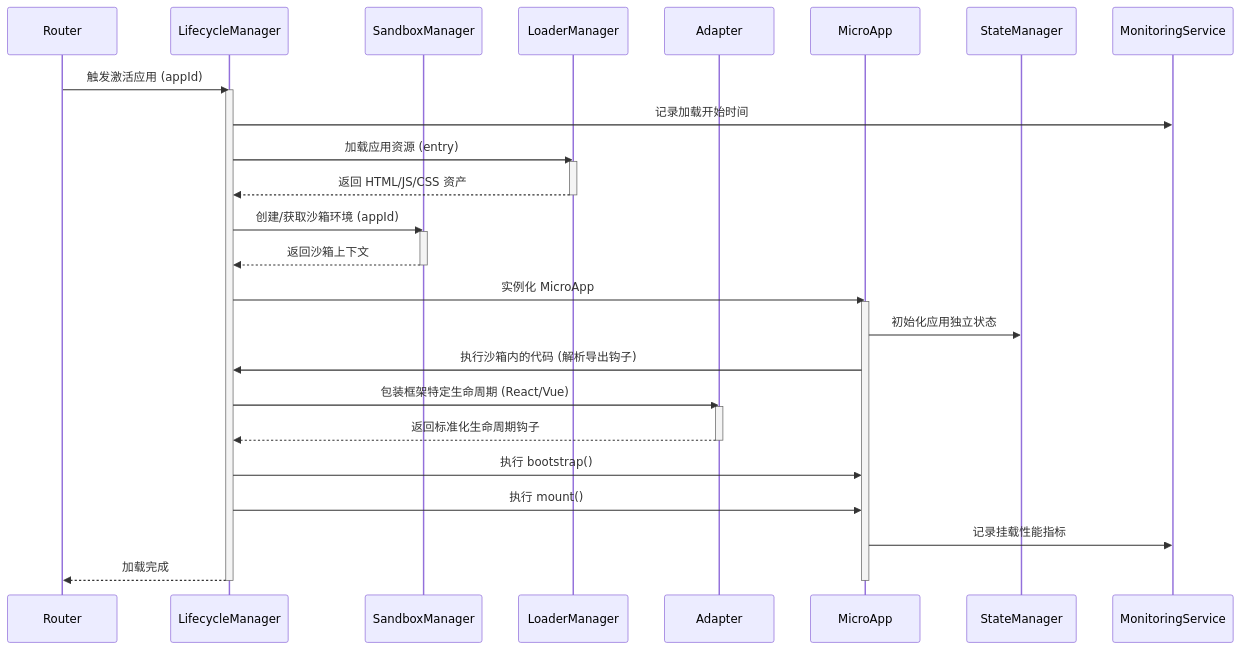
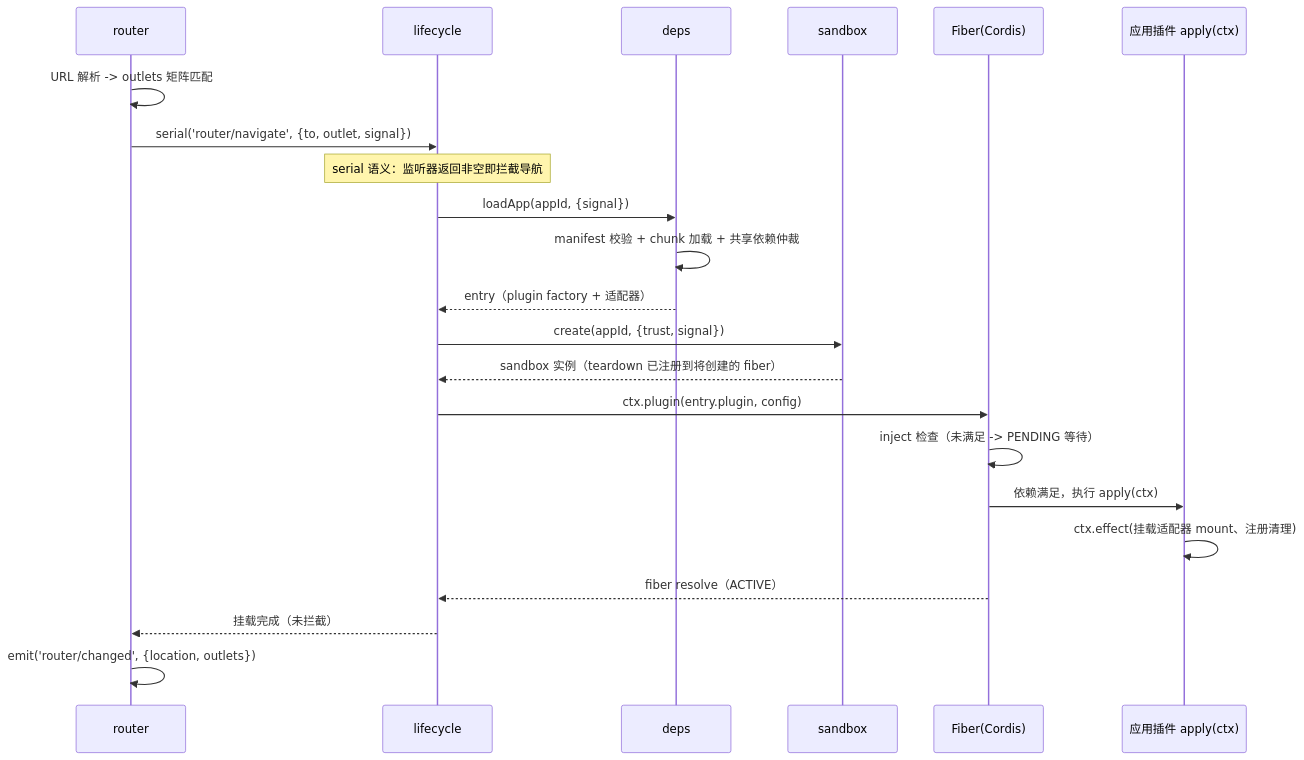
One commit to YvYuYv/taixu changed the second of 6 diagrams in module-interaction.md. Above: the diagram before and after it, drawn with Mermaid. The commit also changed other lines of this file and 12 other files, not shown here.

````diff
--- a/module-interaction.md
+++ b/module-interaction.md
@@ -55,41 +52,25 @@
 ```mermaid
 sequenceDiagram
-    participant R as Router
-    participant LM as LifecycleManager
-    participant SM as SandboxManager
-    participant Loader as LoaderManager
-    participant A as Adapter
-    participant App as MicroApp
-    participant State as StateManager
-    participant Mon as MonitoringService
+    participant R as router
+    participant L as lifecycle
+    participant D as deps
+    participant S as sandbox
+    participant F as Fiber(Cordis)
+    participant App as 应用插件 apply(ctx)
 
-    R->>LM: 触发激活应用 (appId)
-    activate LM
-    LM->>Mon: 记录加载开始时间
-    LM->>Loader: 加载应用资源 (entry)
-    activate Loader
-    Loader-->>LM: 返回 HTML/JS/CSS 资产
-    deactivate Loader
-
-    LM->>SM: 创建/获取沙箱环境 (appId)
-    activate SM
-    SM-->>LM: 返回沙箱上下文
-    deactivate SM
-
-    LM->>App: 实例化 MicroApp
-    activate App
-    App->>State: 初始化应用独立状态
-    App->>LM: 执行沙箱内的代码 (解析导出钩子)
-
-    LM->>A: 包装框架特定生命周期 (React/Vue)
-    activate A
-    A-->>LM: 返回标准化生命周期钩子
-    deactivate A
-
-    LM->>App: 执行 bootstrap()
-    LM->>App: 执行 mount()
-    App->>Mon: 记录挂载性能指标
-    LM-->>R: 加载完成
-    deactivate App
-    deactivate LM
+    R->>R: URL 解析 -> outlets 矩阵匹配
+    R->>L: serial('router/navigate', {to, outlet, signal})
+    Note over L: serial 语义：监听器返回非空即拦截导航
+    L->>D: loadApp(appId, {signal})
+    D->>D: manifest 校验 + chunk 加载 + 共享依赖仲裁
+    D-->>L: entry（plugin factory + 适配器）
+    L->>S: create(appId, {trust, signal})
+    S-->>L: sandbox 实例（teardown 已注册到将创建的 fiber）
+    L->>F: ctx.plugin(entry.plugin, config)
+    F->>F: inject 检查（未满足 -> PENDING 等待）
+    F->>App: 依赖满足，执行 apply(ctx)
+    App->>App: ctx.effect(挂载适配器 mount、注册清理)
+    F-->>L: fiber resolve（ACTIVE）
+    L-->>R: 挂载完成（未拦截）
+    R->>R: emit('router/changed', {location, outlets})
 ```
````
